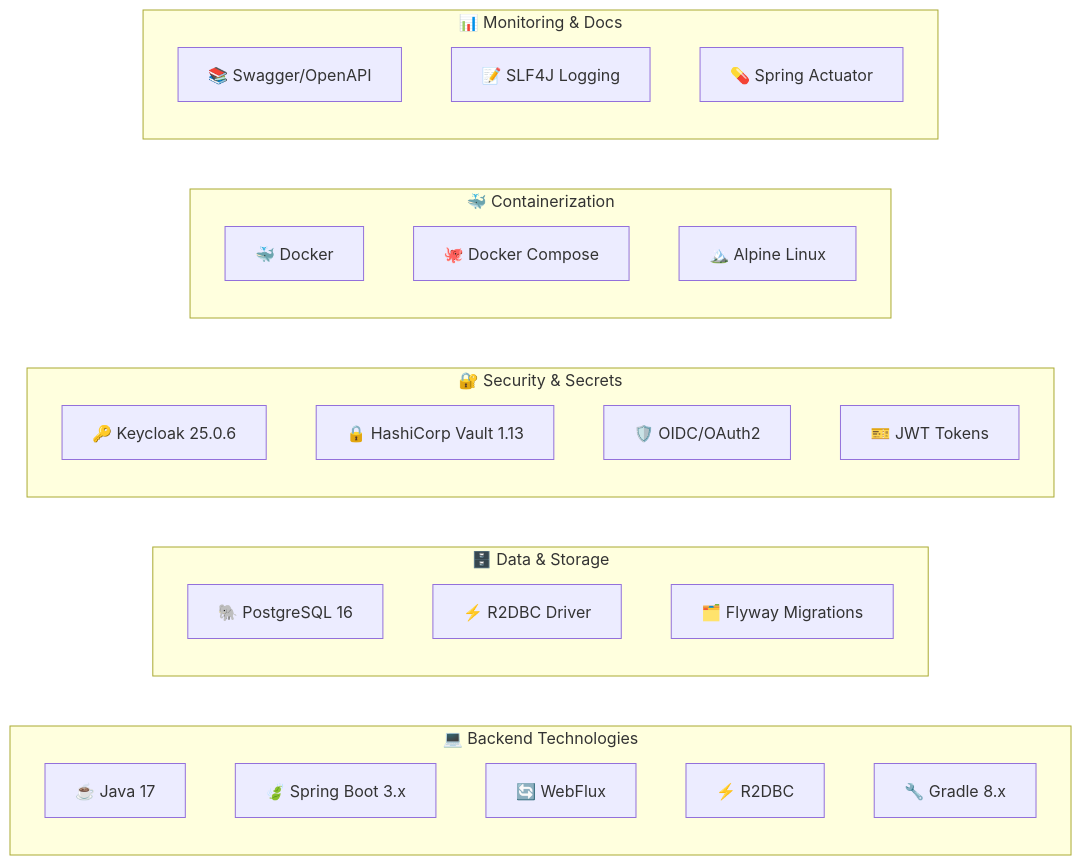
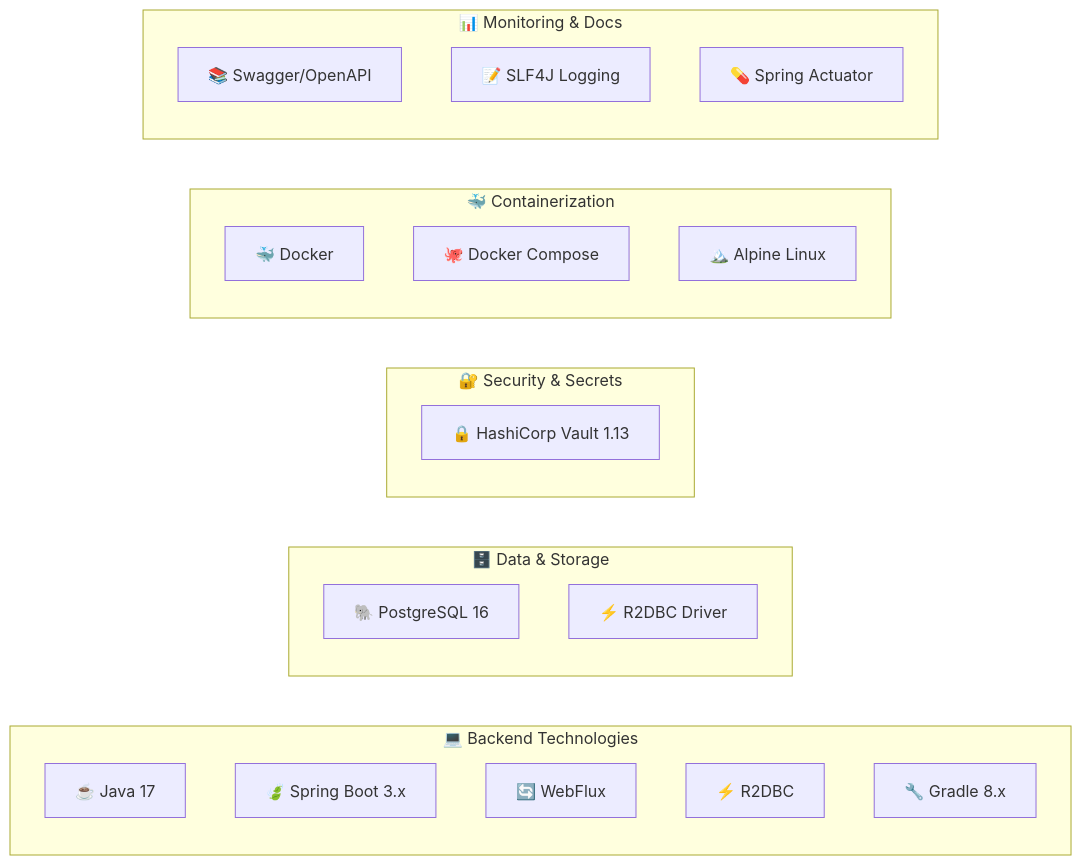
The third of 18 diagrams in README.md (emosquerafs/seti), drawn with Mermaid before and after one commit. The commit also changed other lines of this file, not shown here.

Commit message:
feat: remove advanced security section and Keycloak references from README.md

````diff
--- a/README.md
+++ b/README.md
@@ -159,35 +158,31 @@
 ```mermaid
 graph LR
     subgraph "💻 Backend Technologies"
         JAVA[☕ Java 17]
         SB[🍃 Spring Boot 3.x]
         WF[🔄 WebFlux]
         R2DBC[⚡ R2DBC]
         GRADLE[🔧 Gradle 8.x]
     end
     
     subgraph "🗄️ Data & Storage"
         PG[🐘 PostgreSQL 16]
         R2[⚡ R2DBC Driver]
-        FLYWAY[🗂️ Flyway Migrations]
     end
     
-    subgraph "🔐 Security & Secrets"
-        KC[🔑 Keycloak 25.0.6]
+    subgraph "🔐 Security & Secrets"        
         VAULT[🔒 HashiCorp Vault 1.13]
-        OIDC[🛡️ OIDC/OAuth2]
-        JWT[🎫 JWT Tokens]
     end
     
     subgraph "🐳 Containerization"
         DOCKER[🐳 Docker]
         COMPOSE[🐙 Docker Compose]
         ALPINE[🏔️ Alpine Linux]
     end
     
     subgraph "📊 Monitoring & Docs"
         SWAGGER[📚 Swagger/OpenAPI]
         SLF4J[📝 SLF4J Logging]
         ACTUATOR[💊 Spring Actuator]
     end
 ```
````
